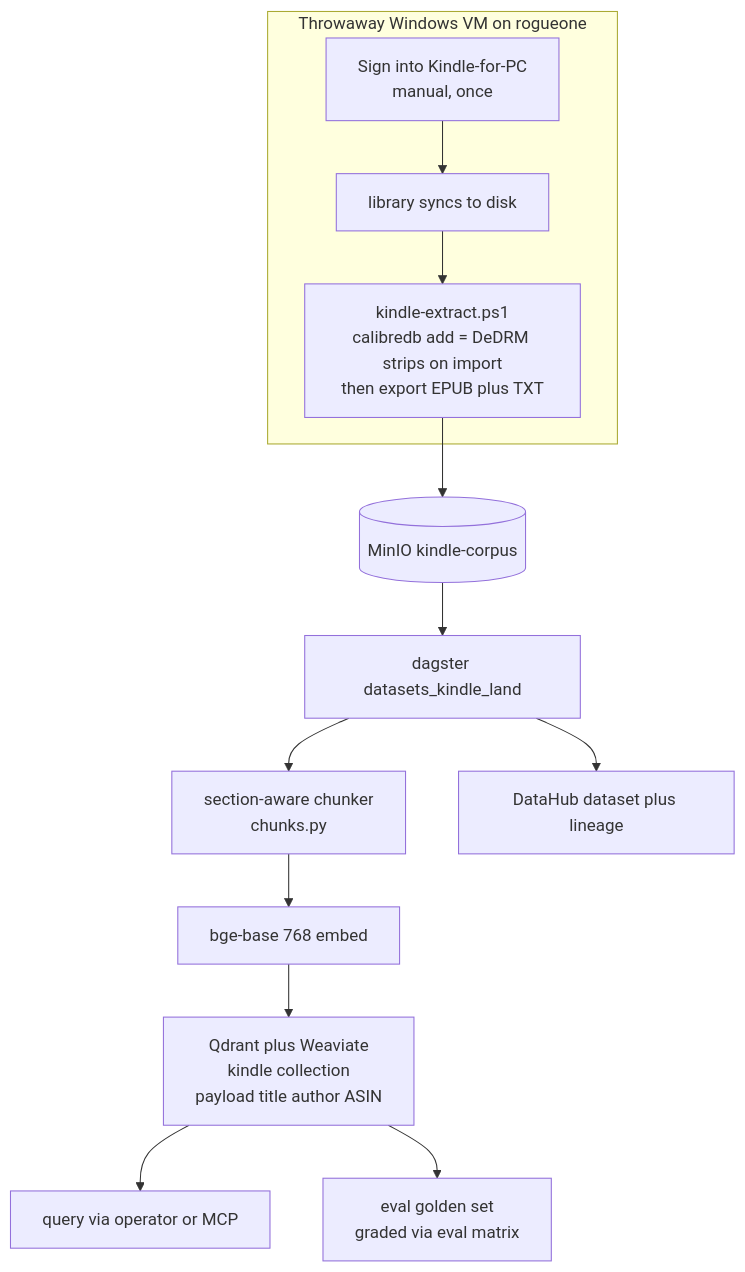
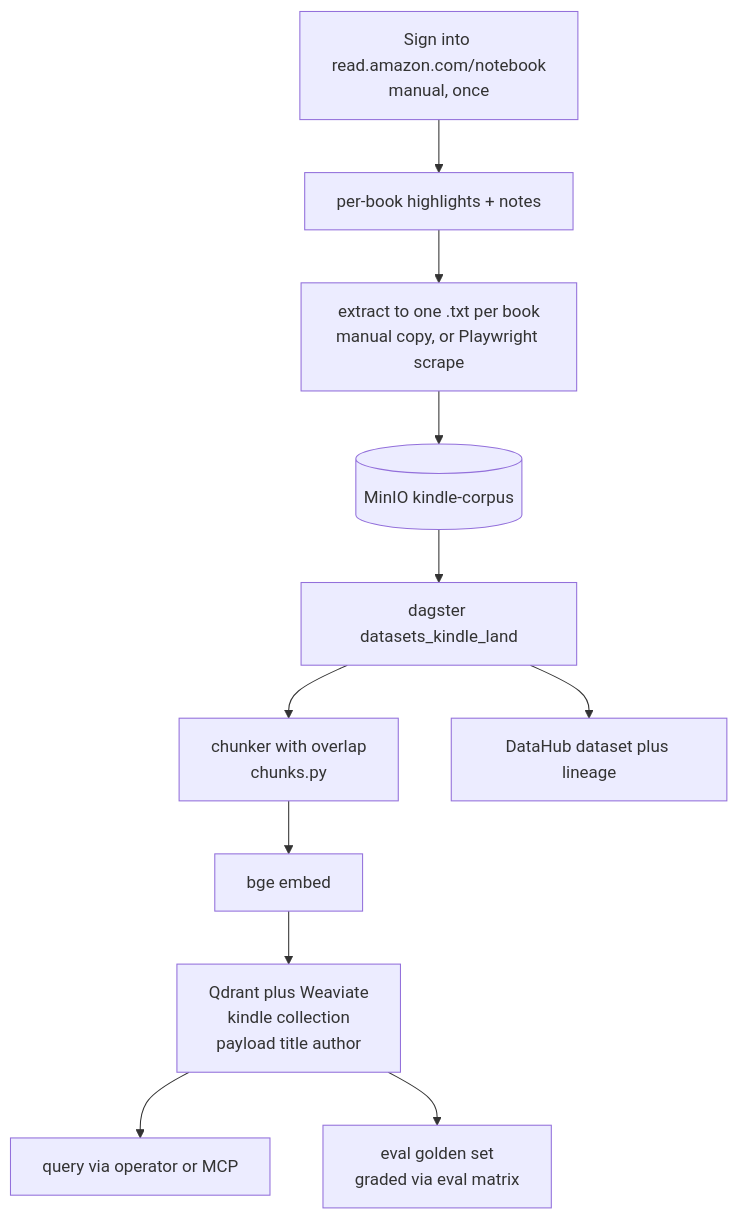
The diagram in docs/diagrams/flow-kindle-rag.md (edtbl76/weyland-lab), drawn with Mermaid before and after one commit. The commit also changed other lines of this file and 8 other files, not shown here.

````diff
--- a/docs/diagrams/flow-kindle-rag.md
+++ b/docs/diagrams/flow-kindle-rag.md
@@ -7,15 +7,13 @@
 ```mermaid
 flowchart TD
-    subgraph VM[Throwaway Windows VM on rogueone]
-        L[Sign into Kindle-for-PC<br/>manual, once] --> SY[library syncs to disk]
-        SY --> EX[kindle-extract.ps1<br/>calibredb add = DeDRM strips on import<br/>then export EPUB plus TXT]
-    end
+    L[Sign into read.amazon.com/notebook<br/>manual, once] --> HL[per-book highlights + notes]
+    HL --> EX[extract to one .txt per book<br/>manual copy, or Playwright scrape]
     EX --> MIN[(MinIO kindle-corpus)]
     MIN --> LAND[dagster datasets_kindle_land]
-    LAND --> CH[section-aware chunker<br/>chunks.py]
-    CH --> EMB[bge-base 768 embed]
-    EMB --> QD[Qdrant plus Weaviate<br/>kindle collection<br/>payload title author ASIN]
+    LAND --> CH[chunker with overlap<br/>chunks.py]
+    CH --> EMB[bge embed]
+    EMB --> QD[Qdrant plus Weaviate<br/>kindle collection<br/>payload title author]
     QD --> Q[query via operator or MCP]
     QD --> EV[eval golden set<br/>graded via eval matrix]
     LAND --> DH[DataHub dataset plus lineage]
 ```
````
